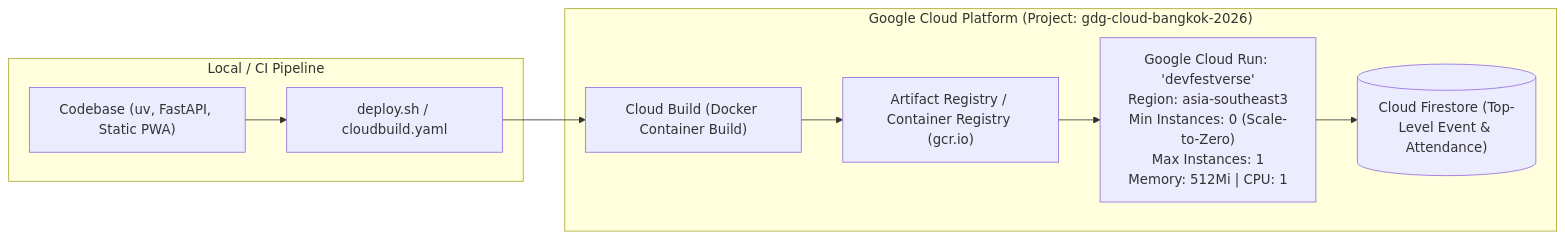
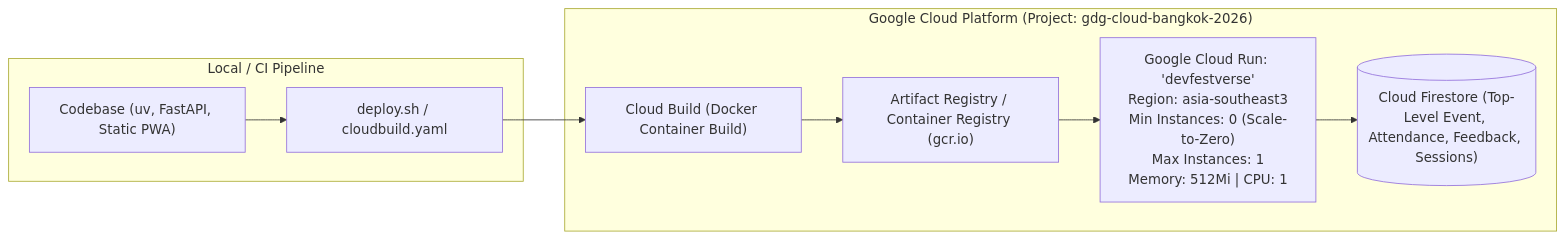
Before and after one commit to fonylew/devfestverse: diagram 11 of 11 in architecture.md, drawn with Mermaid. The commit also changed other lines of this file and 15 other files, not shown here.

Commit message:
feat: add AI agenda generation, persistent feedback submission, and Firestore data management utilities

````diff
--- a/architecture.md
+++ b/architecture.md
@@ -314,20 +382,20 @@
 ```mermaid
 graph LR
     subgraph DevMachine ["Local / CI Pipeline"]
         SourceCode["Codebase (uv, FastAPI, Static PWA)"]
         DeployScript["deploy.sh / cloudbuild.yaml"]
     end
 
     subgraph GCP ["Google Cloud Platform (Project: gdg-cloud-bangkok-2026)"]
         CloudBuild["Cloud Build (Docker Container Build)"]
         ArtifactReg["Artifact Registry / Container Registry (gcr.io)"]
         CloudRun["Google Cloud Run: 'devfestverse'<br/>Region: asia-southeast3<br/>Min Instances: 0 (Scale-to-Zero)<br/>Max Instances: 1<br/>Memory: 512Mi | CPU: 1"]
-        FirestoreDB[("Cloud Firestore (Top-Level Event & Attendance)")]
+        FirestoreDB[("Cloud Firestore (Top-Level Event, Attendance, Feedback, Sessions)")]
     end
 
     SourceCode --> DeployScript
     DeployScript --> CloudBuild
     CloudBuild --> ArtifactReg
     ArtifactReg --> CloudRun
     CloudRun --> FirestoreDB
 ```
````
